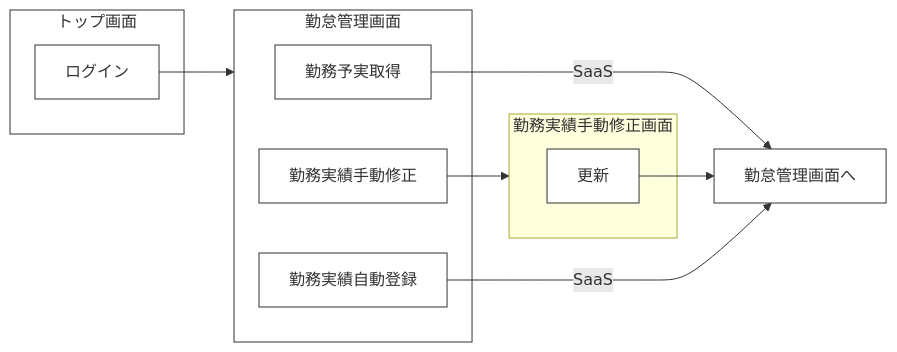
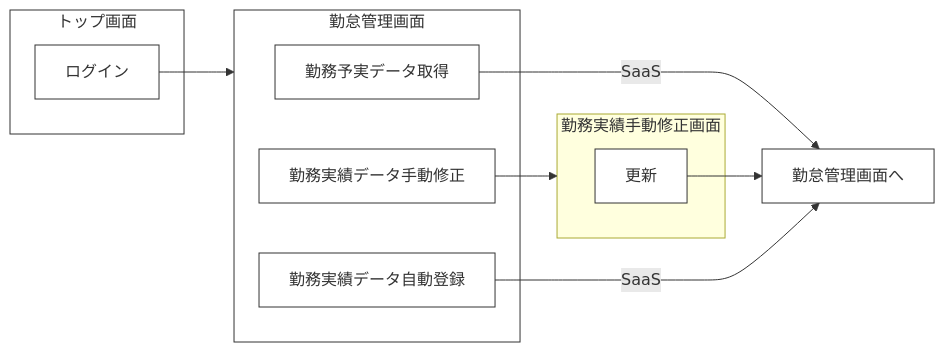
Before and after one commit to shuntaron/original-product: the second of 2 diagrams in DESIGN.md, drawn with Mermaid. The commit also changed other lines of this file, not shown here.

````diff
--- a/DESIGN.md
+++ b/DESIGN.md
@@ -34,30 +39,30 @@
 ```mermaid
 graph LR
   %% スタイル
   classDef default fill: #fff, stroke: #333, stroke-width: 1px;
   style top fill: #fff,stroke: #333,stroke-width: 1px;
   style timeCards fill: #fff,stroke: #333,stroke-width: 1px;
 
   %% サブグラフ
   subgraph top [トップ画面]
     ログイン
     %% 新規登録
   end
   
   subgraph timeCards [勤怠管理画面]
-    勤務予実取得
-    勤務実績手動修正
-    勤務実績自動登録
+    勤務予実データ取得
+    勤務実績データ手動修正
+    勤務実績データ自動登録
   end
 
   subgraph timeCardsUpdate [勤務実績手動修正画面]
     更新
   end
   
   %% アロー
   ログイン-->timeCards
-  勤務実績手動修正-->timeCardsUpdate
-  勤務予実取得--SaaS-->勤怠管理画面へ
+  勤務実績データ手動修正-->timeCardsUpdate
+  勤務予実データ取得--SaaS-->勤怠管理画面へ
   更新-->勤怠管理画面へ
-  勤務実績自動登録--SaaS-->勤怠管理画面へ
+  勤務実績データ自動登録--SaaS-->勤怠管理画面へ
 ```
````
